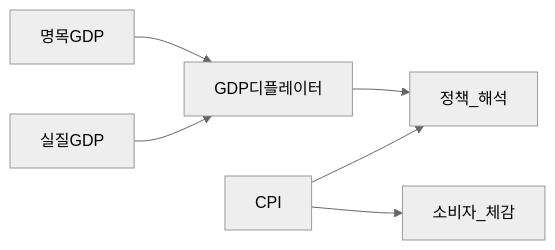
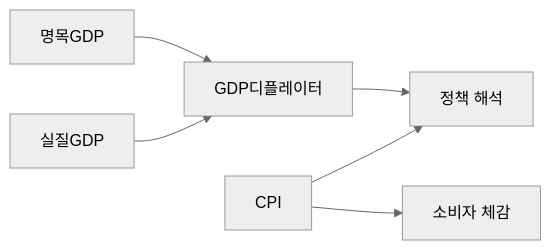
One commit to goldanghenry/Finances changed the second of 2 diagrams in 02-economics/macro-01-gdp-accounts-growth.md. Above: the diagram before and after it, drawn with Mermaid (neutral theme). The commit also changed other lines of this file and 211 other files, not shown here.

````diff
--- a/02-economics/macro-01-gdp-accounts-growth.md
+++ b/02-economics/macro-01-gdp-accounts-growth.md
@@ -125,8 +141,8 @@
 ```mermaid
 flowchart LR
   Nom[명목GDP] --> Def[GDP디플레이터]
   Real[실질GDP] --> Def
-  CPI[CPI] --> Cons[소비자_체감]
-  Def --> Policy[정책_해석]
+  CPI[CPI] --> Cons["소비자 체감"]
+  Def --> Policy["정책 해석"]
   CPI --> Policy
 ```
````
